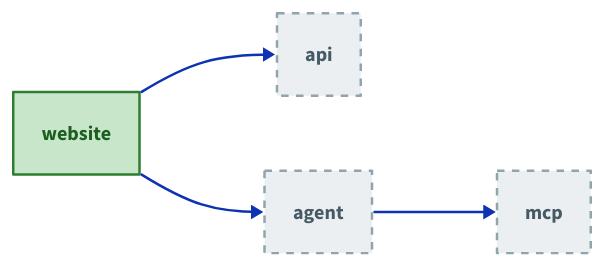
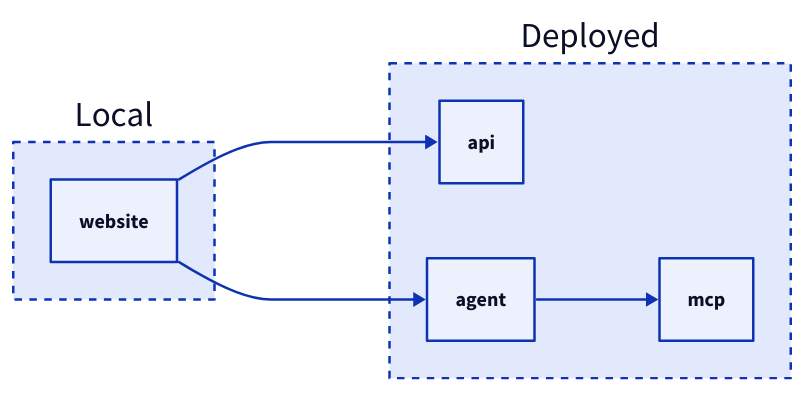
One commit to awslabs/nx-plugin-for-aws changed the first of 2 diagrams in docs/src/content/docs/es/guides/local-development.mdx. Above: the diagram before and after it, drawn with D2. The commit also changed other lines of this file and 5 other files, not shown here.

Commit message:
docs(connection): fix incomplete translations of Local Development diagram updates

````diff
--- a/docs/src/content/docs/es/guides/local-development.mdx
+++ b/docs/src/content/docs/es/guides/local-development.mdx
@@ -20,31 +21,18 @@
 ```d2
 direction: right
 
-website: website {
-  style.fill: "#c8e6c9"
-  style.stroke: "#2e7d32"
-  style.font-color: "#1b5e20"
+local: Local {
+  style.stroke-dash: 3
+  website: website
 }
-api: api {
-  style.fill: "#eceff1"
-  style.stroke: "#90a4ae"
+deployed: Deployed {
   style.stroke-dash: 3
-  style.font-color: "#455a64"
-}
-agent: agent {
-  style.fill: "#eceff1"
-  style.stroke: "#90a4ae"
-  style.stroke-dash: 3
-  style.font-color: "#455a64"
-}
-mcp: mcp {
-  style.fill: "#eceff1"
-  style.stroke: "#90a4ae"
-  style.stroke-dash: 3
-  style.font-color: "#455a64"
+  api: api
+  agent: agent
+  mcp: mcp
 }
 
-website -> api
-website -> agent
-agent -> mcp
+local.website -> deployed.api
+local.website -> deployed.agent
+deployed.agent -> deployed.mcp
 ```
````
